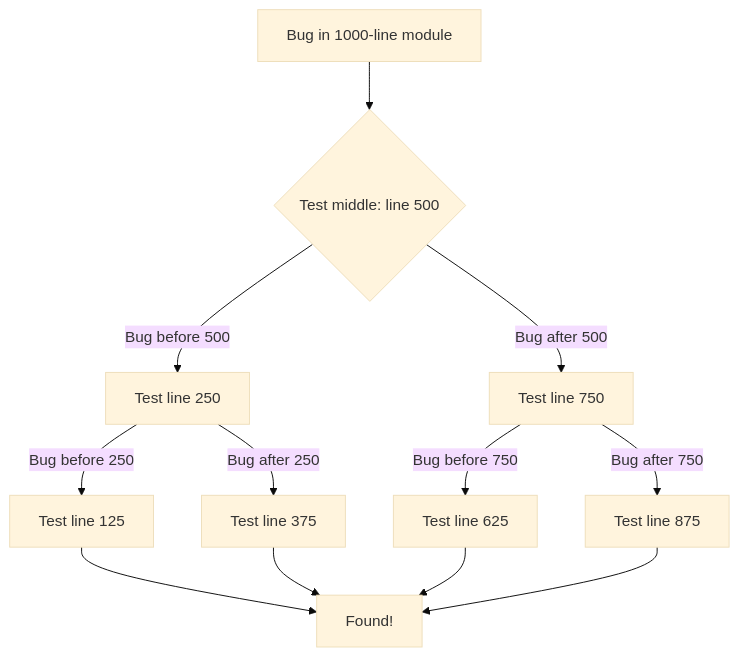
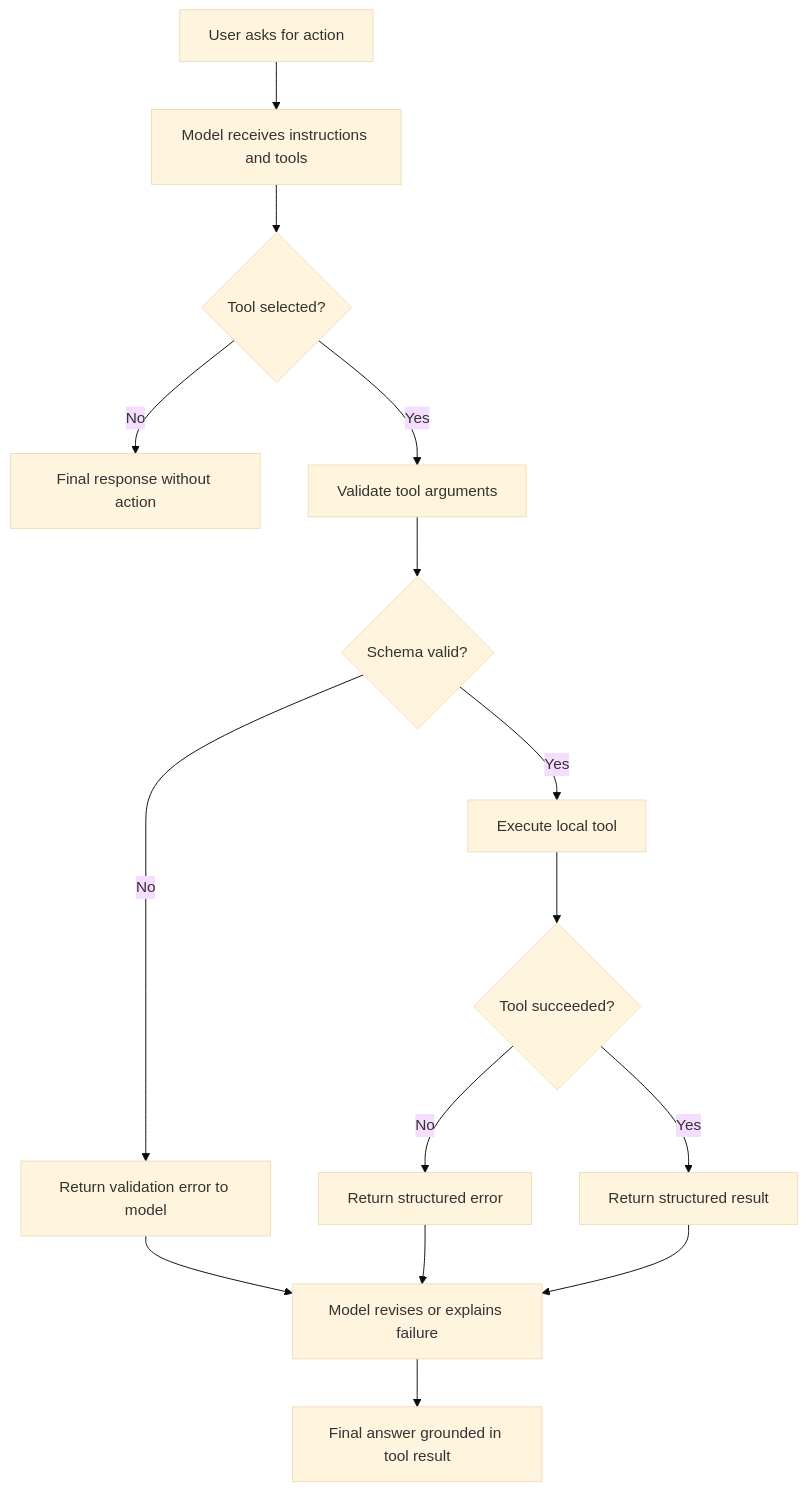
One commit to krisztiankoos/kubedojo changed the seventh of 8 diagrams in src/content/docs/ai-ml-engineering/ai-native-development/module-1.8-ai-assisted-debugging-optimization.md. Above: the diagram before and after it, drawn with Mermaid (base theme). The commit also changed other lines of this file, not shown here.

First line of the commit message:
quality(rewrite): codex rewrite ai-ml-engineering-ai-native-development-module-1.8-ai-assisted-debugging-optimization (attempt 350a9fbc7632)

````diff
--- a/src/content/docs/ai-ml-engineering/ai-native-development/module-1.8-ai-assisted-debugging-optimization.md
+++ b/src/content/docs/ai-ml-engineering/ai-native-development/module-1.8-ai-assisted-debugging-optimization.md
@@ -627,14 +765,17 @@
 ```mermaid
-graph TD
-    A[Bug in 1000-line module] --> B{Test middle: line 500}
-    B -->|Bug before 500| C[Test line 250]
-    B -->|Bug after 500| D[Test line 750]
-    C -->|Bug before 250| E[Test line 125]
-    C -->|Bug after 250| F[Test line 375]
-    D -->|Bug before 750| G[Test line 625]
-    D -->|Bug after 750| H[Test line 875]
-    E --> I[Found!]
-    F --> I
-    G --> I
-    H --> I
+flowchart TD
+    A[User asks for action] --> B[Model receives instructions and tools]
+    B --> C{Tool selected?}
+    C -->|No| D[Final response without action]
+    C -->|Yes| E[Validate tool arguments]
+    E --> F{Schema valid?}
+    F -->|No| G[Return validation error to model]
+    F -->|Yes| H[Execute local tool]
+    H --> I{Tool succeeded?}
+    I -->|No| J[Return structured error]
+    I -->|Yes| K[Return structured result]
+    G --> L[Model revises or explains failure]
+    J --> L
+    K --> L
+    L --> M[Final answer grounded in tool result]
 ```
````
